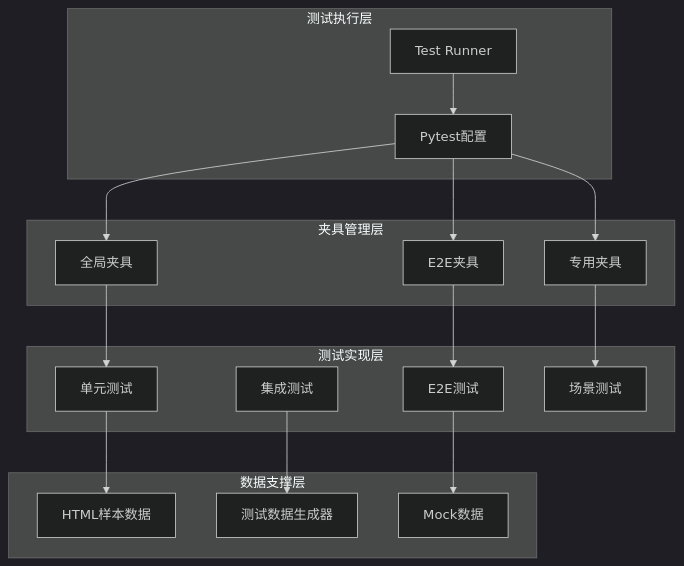
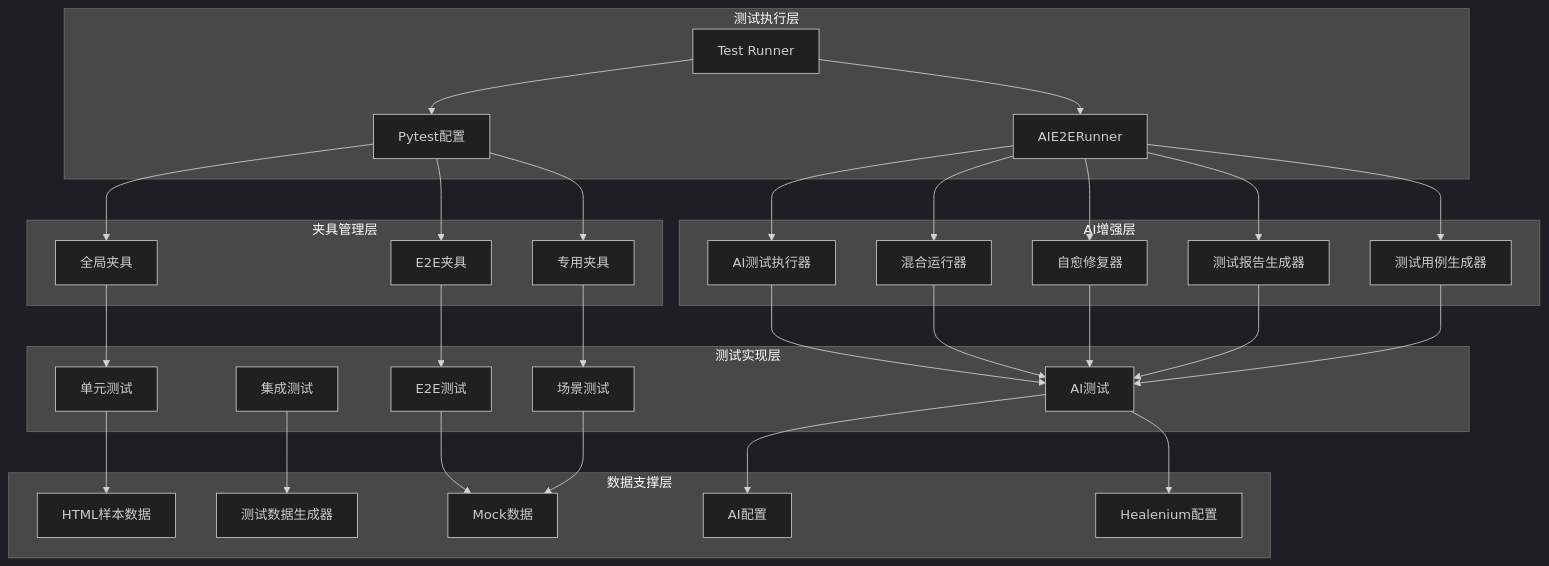
The second of 14 diagrams in .qoder/repowiki/zh/content/测试策略/自动化测试框架.md (xfbyxq/ai-novel-system), drawn with Mermaid (dark theme) before and after one commit. The commit also changed other lines of this file and 3 other files, not shown here.

````diff
--- a/.qoder/repowiki/zh/content/测试策略/自动化测试框架.md
+++ b/.qoder/repowiki/zh/content/测试策略/自动化测试框架.md
@@ -95,33 +141,58 @@
 ```mermaid
 graph TB
 subgraph "测试执行层"
 A[Test Runner]
 B[Pytest配置]
+C[AIE2ERunner]
 end
 subgraph "夹具管理层"
-C[全局夹具]
-D[E2E夹具]
-E[专用夹具]
+D[全局夹具]
+E[E2E夹具]
+F[专用夹具]
+end
+subgraph "AI增强层"
+G[AI测试执行器]
+H[混合运行器]
+I[自愈修复器]
+J[测试报告生成器]
+K[测试用例生成器]
 end
 subgraph "测试实现层"
-F[单元测试]
-G[集成测试]
-H[E2E测试]
-I[场景测试]
+L[单元测试]
+M[集成测试]
+N[E2E测试]
+O[场景测试]
+P[AI测试]
 end
 subgraph "数据支撑层"
-J[HTML样本数据]
-K[测试数据生成器]
-L[Mock数据]
+Q[HTML样本数据]
+R[测试数据生成器]
+S[Mock数据]
+T[AI配置]
+U[Healenium配置]
 end
 A --> B
-B --> C
+A --> C
 B --> D
 B --> E
-C --> F
-D --> H
-E --> I
-F --> J
-G --> K
-H --> L
+B --> F
+C --> G
+C --> H
+C --> I
+C --> J
+C --> K
+D --> L
+E --> N
+F --> O
+G --> P
+H --> P
+I --> P
+J --> P
+K --> P
+L --> Q
+M --> R
+N --> S
+O --> S
+P --> T
+P --> U
 ```
````
